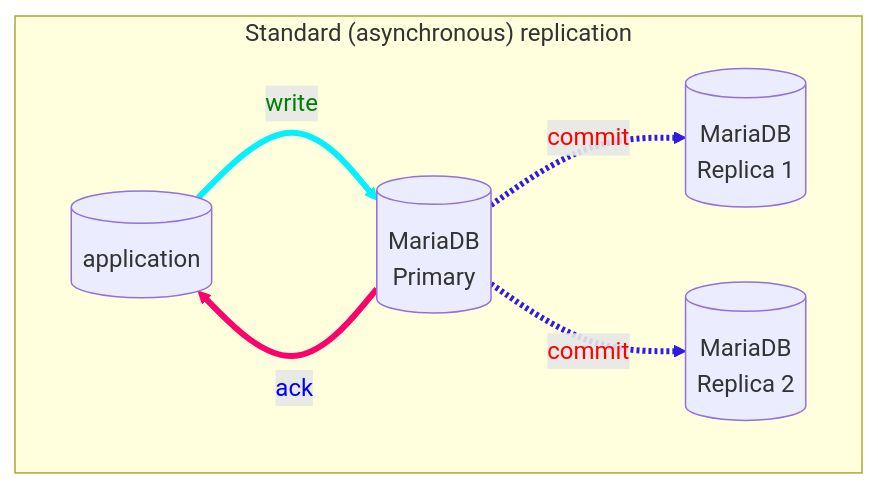
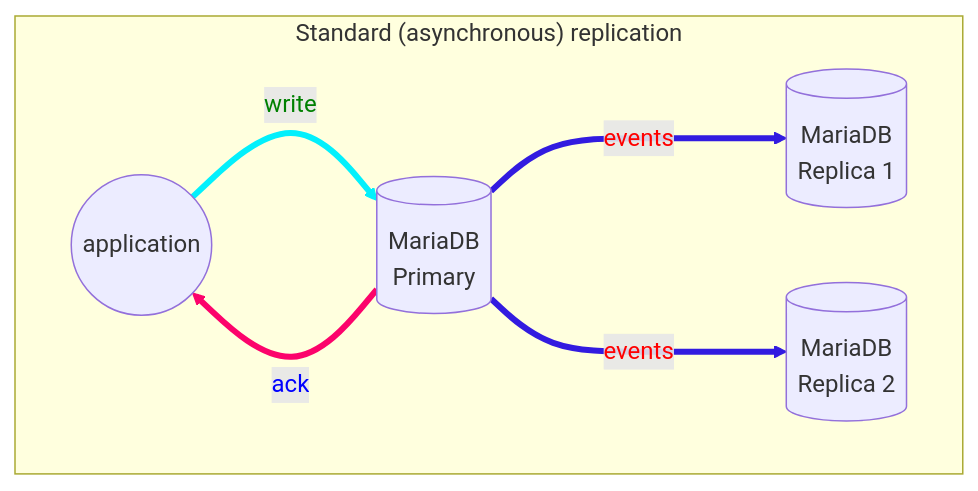
One commit to an3l/mariadb.org-tools changed the first of 8 diagrams in anel/semisync-blog/semisync-blog.md. Above: the diagram before and after it, drawn with Mermaid. The commit also changed other lines of this file, not shown here.

````diff
--- a/anel/semisync-blog/semisync-blog.md
+++ b/anel/semisync-blog/semisync-blog.md
@@ -29,20 +29,20 @@
 ```mermaid
 flowchart LR
    subgraph async["Standard (asynchronous) replication"]
         direction LR
         %% Definitions
-        app[("application")]
+        app(("application"))
         primary[("MariaDB\nPrimary")]
         rep1[("MariaDB\nReplica 1")]
         rep2[("MariaDB\nReplica 2")]
 
         %% Connections
-        primary-.->|commit|rep1 & rep2
+        primary--->|events|rep1 & rep2
         app-->|write|primary
         primary-->|ack|app
         %% Style color
         linkStyle 0,1 stroke:#321be0,stroke-width:4px,color:red;
         linkStyle 2 stroke:#03f0fc,stroke-width:4px,color:green;
         linkStyle 3 stroke:#fc036b,stroke-width:4px,color:blue;
    end
 ```
````
